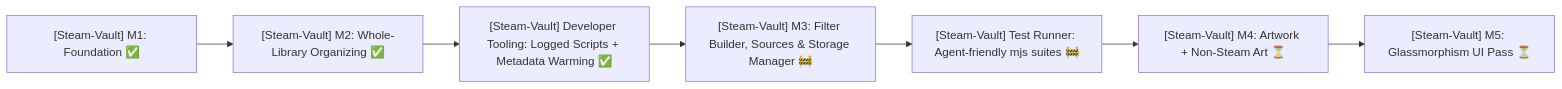
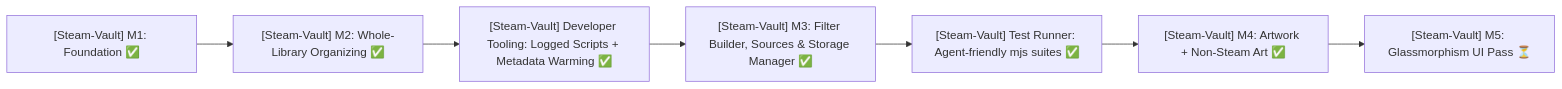
The third of 3 diagrams in ROADMAP.md (HELIX-Origin/agents), drawn with Mermaid before and after one commit. The commit also changed other lines of this file and 2 other files, not shown here.

First line of the commit message:
docs: track Steam-Vault M4 (custom artwork manager) in ROADMAP, PLAN, and TODO

````diff
--- a/ROADMAP.md
+++ b/ROADMAP.md
@@ -143,9 +143,9 @@
 ```mermaid
 flowchart LR
     M1["[Steam-Vault] M1: Foundation ✅"] --> M2["[Steam-Vault] M2: Whole-Library Organizing ✅"]
     M2 --> M2b["[Steam-Vault] Developer Tooling: Logged Scripts + Metadata Warming ✅"]
-    M2b --> M3["[Steam-Vault] M3: Filter Builder, Sources & Storage Manager 🚧"]
-    M3 --> M3b["[Steam-Vault] Test Runner: Agent-friendly mjs suites 🚧"]
-    M3b --> M4["[Steam-Vault] M4: Artwork + Non-Steam Art ⏳"]
+    M2b --> M3["[Steam-Vault] M3: Filter Builder, Sources & Storage Manager ✅"]
+    M3 --> M3b["[Steam-Vault] Test Runner: Agent-friendly mjs suites ✅"]
+    M3b --> M4["[Steam-Vault] M4: Artwork + Non-Steam Art ✅"]
     M4 --> M5["[Steam-Vault] M5: Glassmorphism UI Pass ⏳"]
 ```
````
